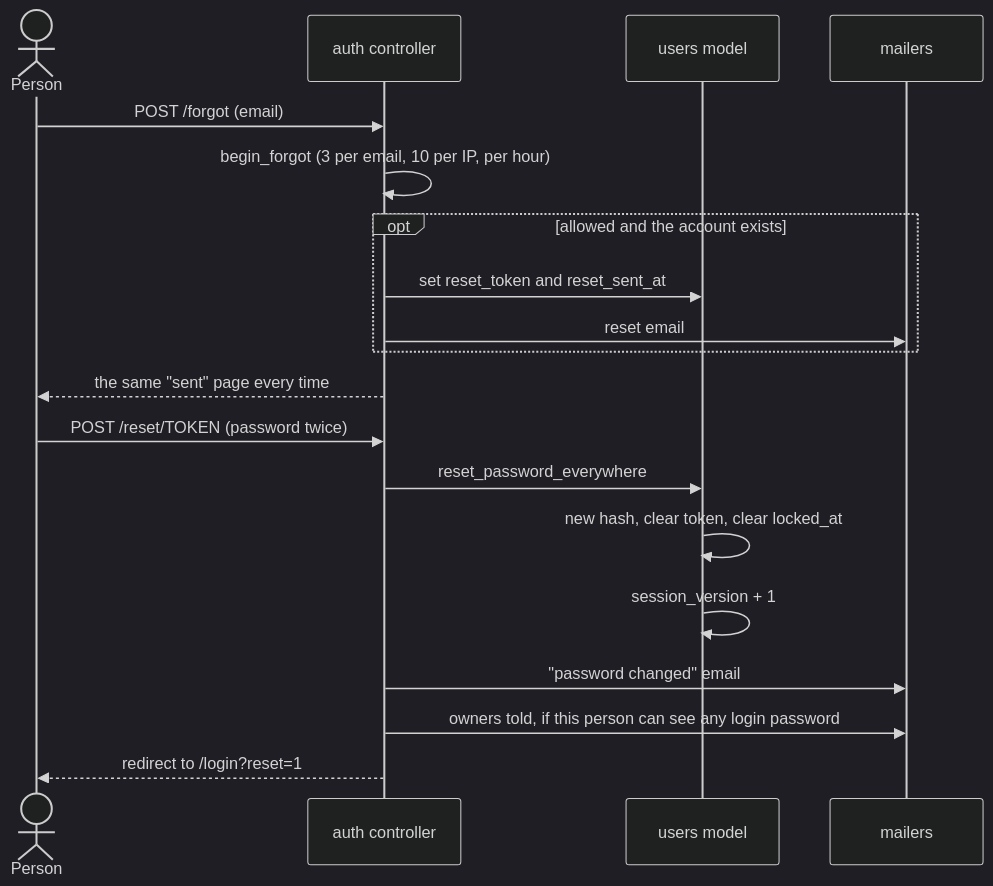
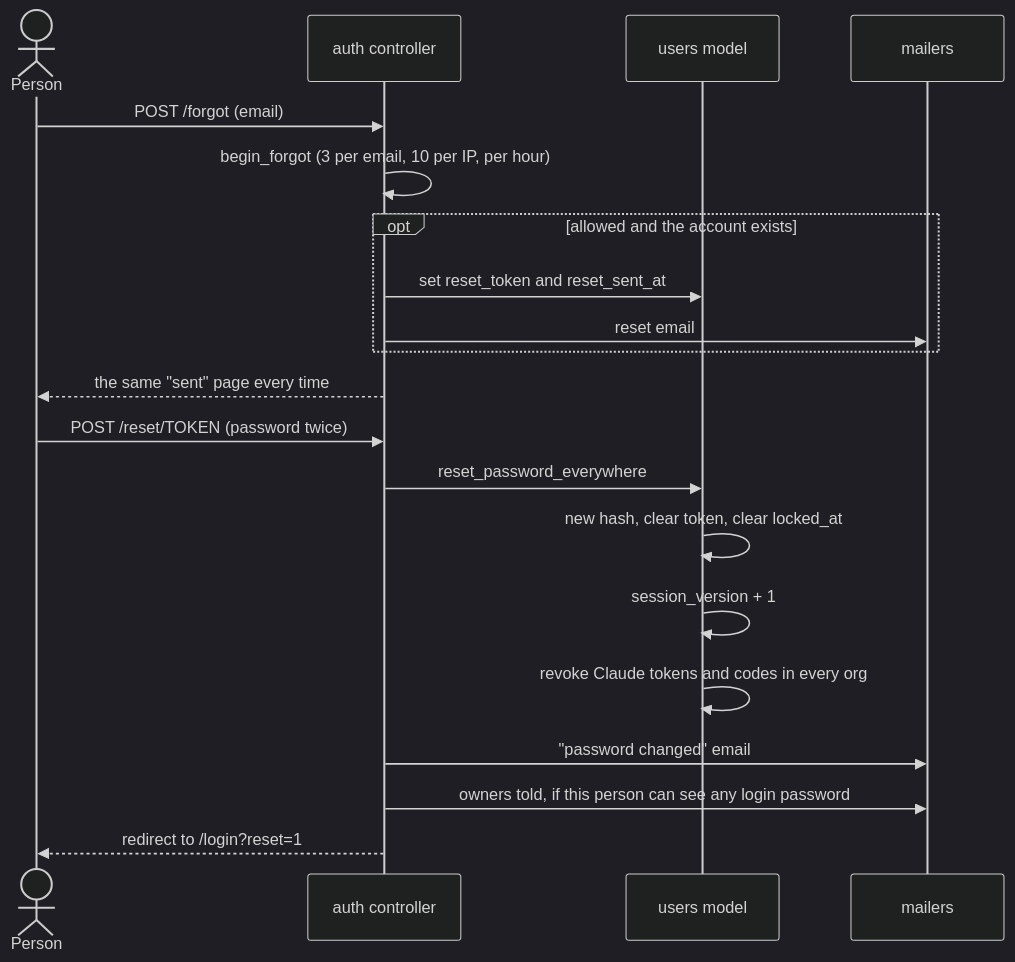
Before and after one commit to rajgurung/collaboration_tool: the seventh of 8 diagrams in docs/flows/accounts.md, drawn with Mermaid (dark theme). The commit also changed other lines of this file and 5 other files, not shown here.

````diff
--- a/docs/flows/accounts.md
+++ b/docs/flows/accounts.md
@@ -376,21 +439,22 @@
 ```mermaid
 sequenceDiagram
     actor P as Person
     participant A as auth controller
     participant U as users model
     participant M as mailers
     P->>A: POST /forgot (email)
     A->>A: begin_forgot (3 per email, 10 per IP, per hour)
     opt allowed and the account exists
         A->>U: set reset_token and reset_sent_at
         A->>M: reset email
     end
     A-->>P: the same "sent" page every time
     P->>A: POST /reset/TOKEN (password twice)
     A->>U: reset_password_everywhere
     U->>U: new hash, clear token, clear locked_at
     U->>U: session_version + 1
+    U->>U: revoke Claude tokens and codes in every org
     A->>M: "password changed" email
     A->>M: owners told, if this person can see any login password
     A-->>P: redirect to /login?reset=1
 ```
````
